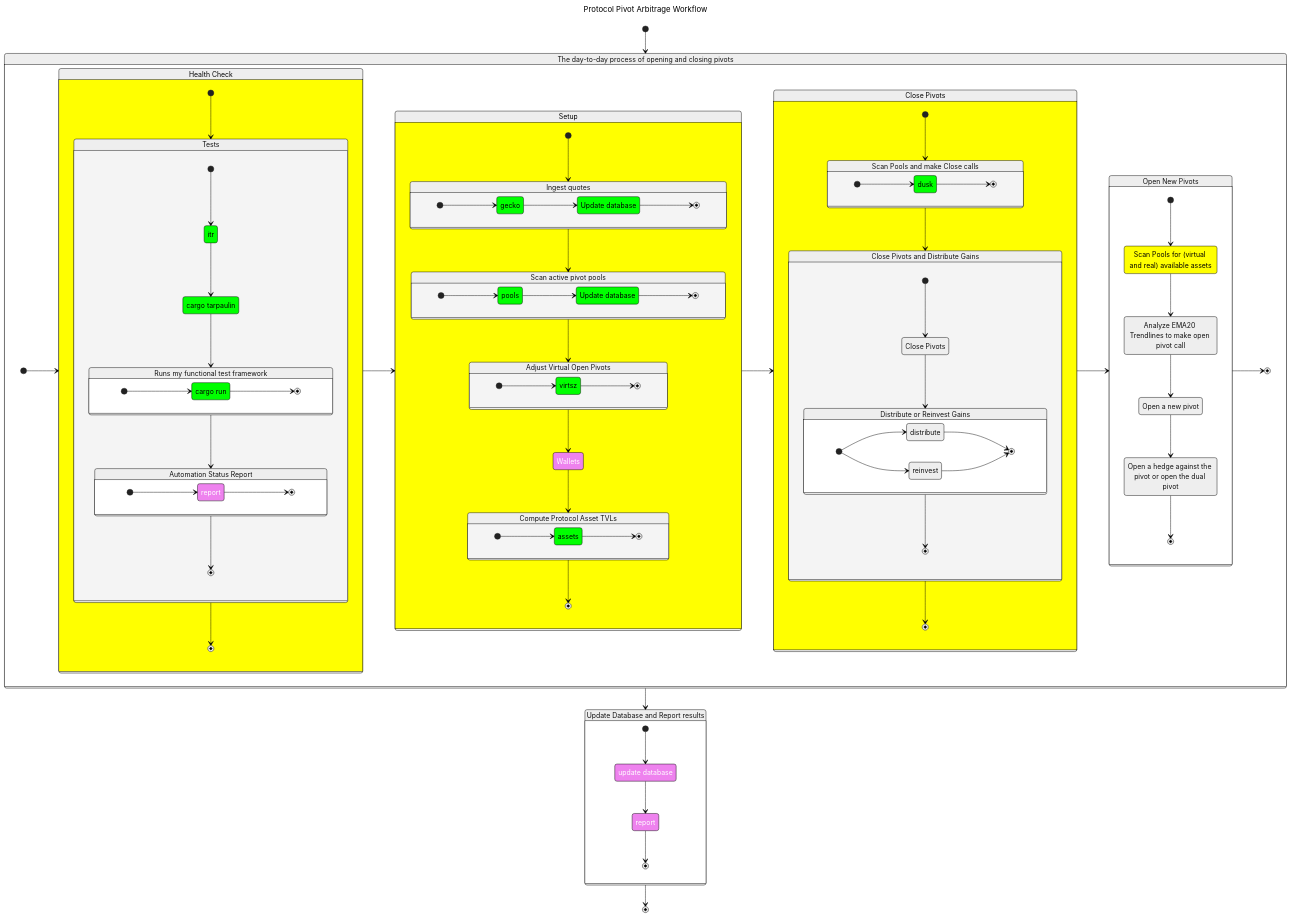
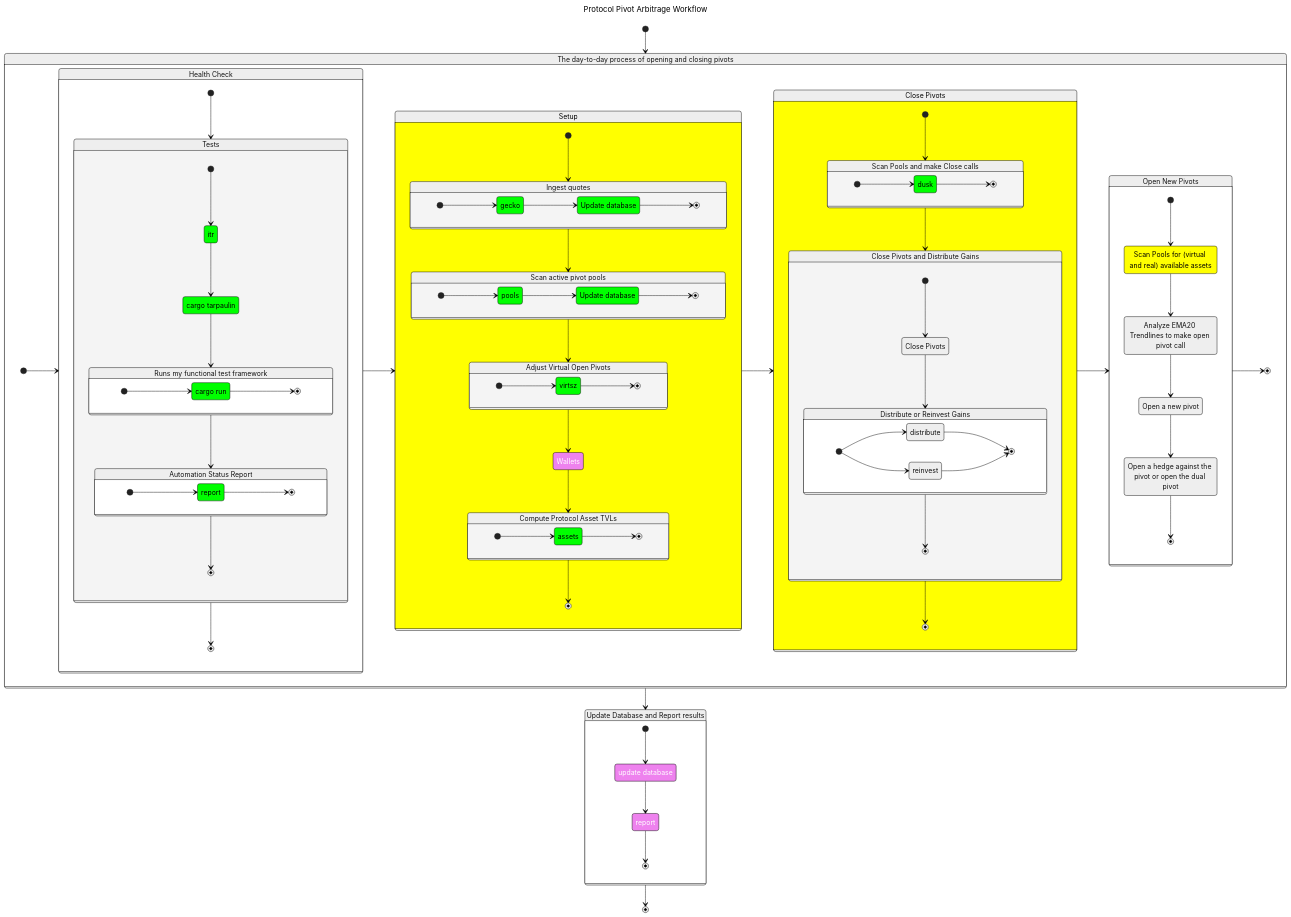
One commit to pivoteur/protocol changed the diagram in dapps/README.md. Above: the diagram before and after it, drawn with Mermaid (neutral theme).

Commit message:
Update documentation to reflect new rat-automation

```diff
--- a/dapps/README.md
+++ b/dapps/README.md
@@ -20,13 +20,13 @@
    class virtsz inUse
    class pools inUse
 
-   class Tests wip
+   class Tests isUse
    class Setup wip
    class Closes wip
    class WorkFlow wip
 
    class report manual
-   class ReportwithoutUpdatingDatabase manual
+   class ReportwithoutUpdatingDatabase inUse
    class ScanOpens wip
    class UpdateDb manual
    class UpdateDbwithoutReporting1 inUse
```
